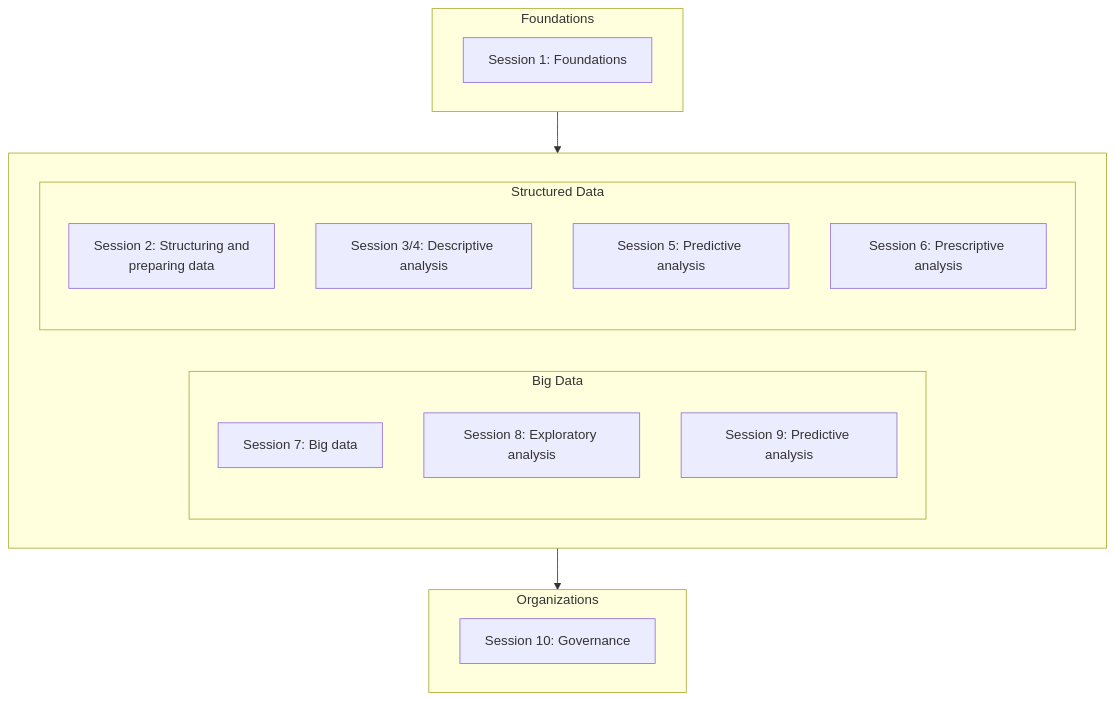
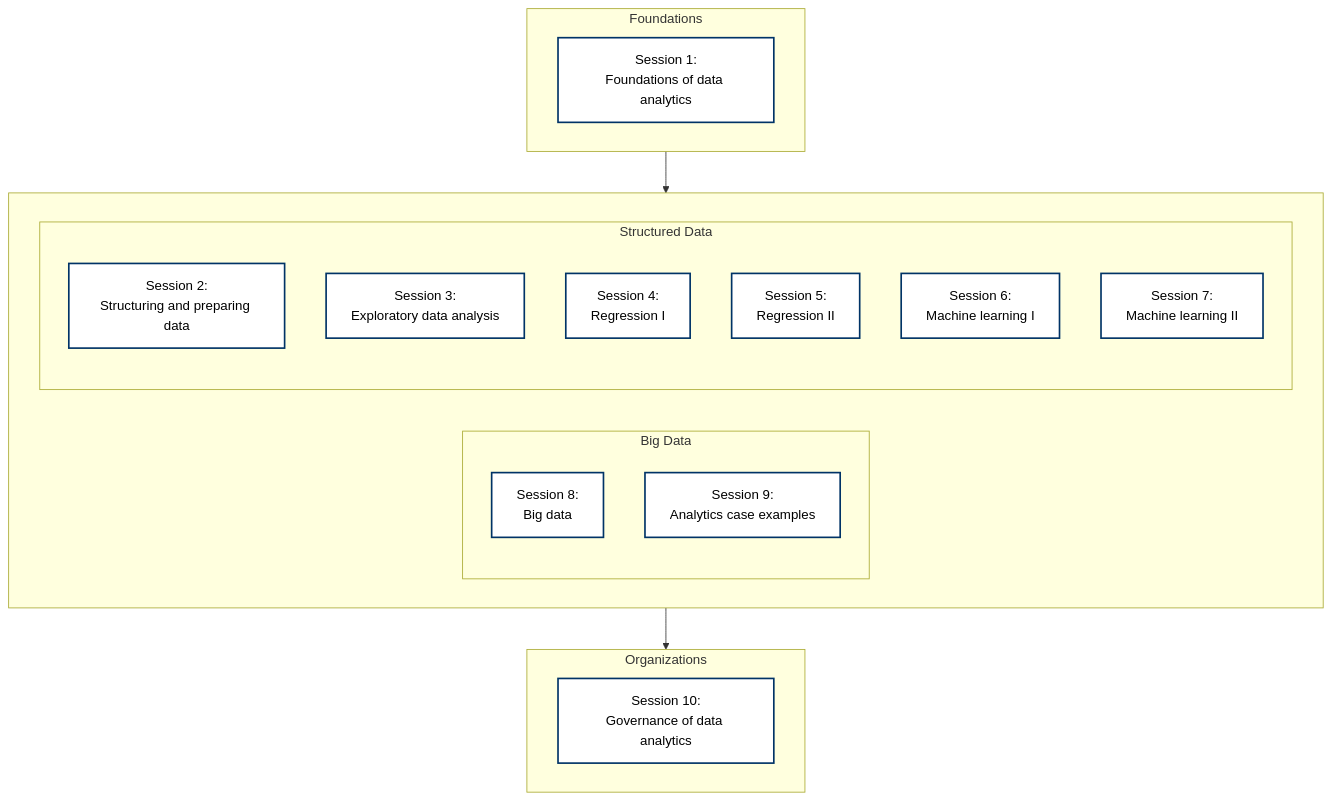
Before and after one commit to fs-ise/analytics-and-big-data: the diagram in slides/lecture_0_orga.qmd, drawn with Mermaid. The commit also changed other lines of this file and 1 other file, not shown here.

````diff
--- a/slides/lecture_0_orga.qmd
+++ b/slides/lecture_0_orga.qmd
@@ -88,28 +114,40 @@
 ```{mermaid}
+%%| fig-width: 12
 flowchart TB
-  subgraph Foundations
-    F1[Session 1: Foundations]
-  end
 
-  subgraph da[" "]
+%% --- Styling ---
+classDef fsborder fill:#ffffff,color:#000000,stroke:#003366,stroke-width:2px;
 
-  subgraph bd["Big Data"]
-    BD7[Session 7: Big data]
-    BD8[Session 8: Exploratory analysis]
-    BD9[Session 9: Predictive analysis]
-  end
-  subgraph sd["Structured Data"]
-    SD2[Session 2: Structuring and<br>preparing data]
-    SD34[Session 3/4: Descriptive analysis]
-    SD5[Session 5: Predictive analysis]
-    SD6[Session 6: Prescriptive analysis]
-  end
+%% --- Foundations ---
+subgraph Foundations
+    S1["Session 1:<br>Foundations of data analytics"]
+end
 
-  end
+%% --- Data Analytics ---
+subgraph da[" "]
 
-  subgraph Organizations
-    O10[Session 10: Governance]
-  end
+    subgraph bd["Big Data"]
+        S8["Session 8:<br>Big data"]
+        S9["Session 9:<br>Analytics case examples"]
+    end
 
-  Foundations --> da  --> Organizations
+    subgraph sd["Structured Data"]
+        S2["Session 2:<br>Structuring and preparing data"]
+        S3["Session 3:<br>Exploratory data analysis"]
+        S4["Session 4:<br>Regression I"]
+        S5["Session 5:<br>Regression II"]
+        S6["Session 6:<br>Machine learning I"]
+        S7["Session 7:<br>Machine learning II"]
+    end
+
+end
+
+subgraph Organizations
+    S10["Session 10:<br>Governance of data analytics"]
+end
+
+Foundations --> da --> Organizations
+
+class S1,S2,S3,S4,S5,S6,S7,S8,S9,S10 fsborder;
+
 ```
````
